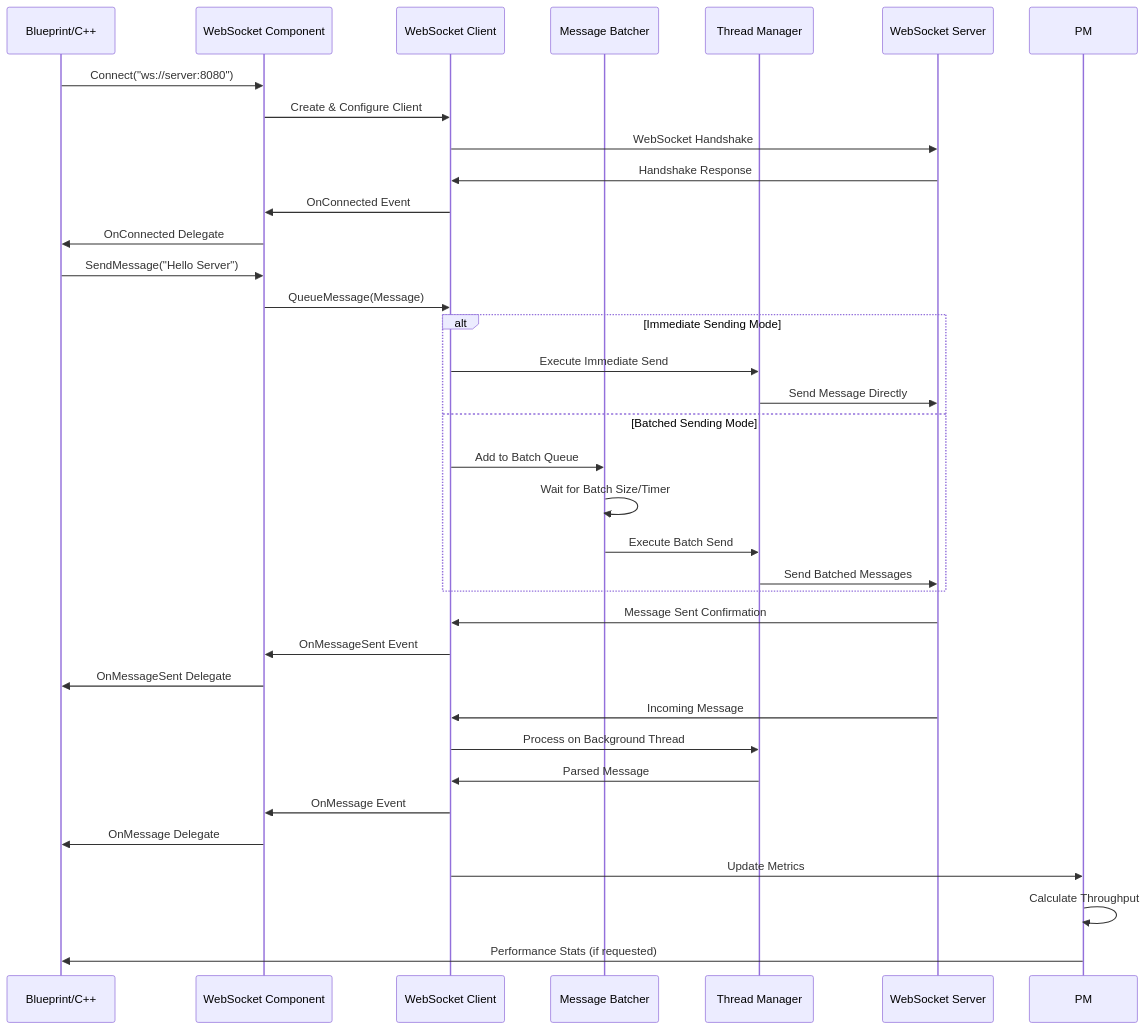
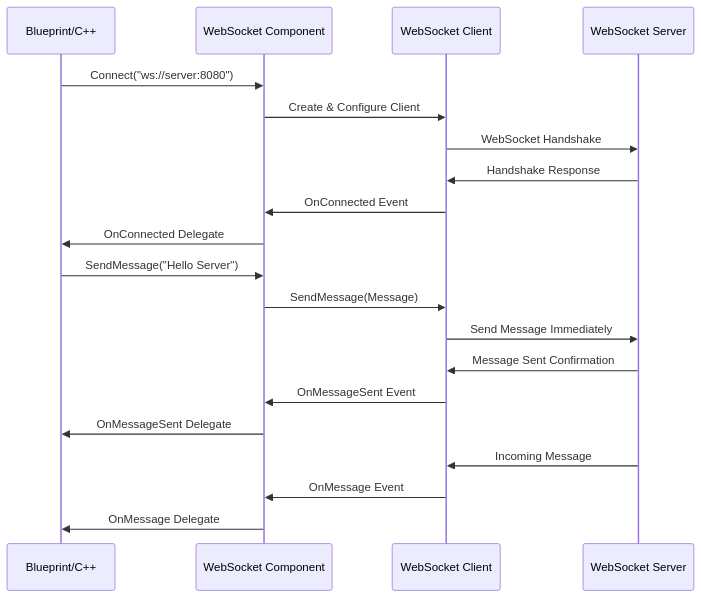
Before and after one commit to Tuafo/Horizon-Plugin-UE5-test: the second of 5 diagrams in README.md, drawn with Mermaid. The commit also changed other lines of this file, not shown here.

````diff
--- a/README.md
+++ b/README.md
@@ -84,43 +55,26 @@
 ```mermaid
 sequenceDiagram
     participant BP as Blueprint/C++
     participant HC as WebSocket Component
     participant WC as WebSocket Client
-    participant MB as Message Batcher
-    participant TM as Thread Manager
     participant SERVER as WebSocket Server
     
     BP->>HC: Connect("ws://server:8080")
     HC->>WC: Create & Configure Client
     WC->>SERVER: WebSocket Handshake
     SERVER->>WC: Handshake Response
     WC->>HC: OnConnected Event
     HC->>BP: OnConnected Delegate
     
     BP->>HC: SendMessage("Hello Server")
-    HC->>WC: QueueMessage(Message)
-    
-    alt Immediate Sending Mode
-        WC->>TM: Execute Immediate Send
-        TM->>SERVER: Send Message Directly
-    else Batched Sending Mode
-        WC->>MB: Add to Batch Queue
-        MB->>MB: Wait for Batch Size/Timer
-        MB->>TM: Execute Batch Send
-        TM->>SERVER: Send Batched Messages
-    end
+    HC->>WC: SendMessage(Message)
+    WC->>SERVER: Send Message Immediately
     
     SERVER->>WC: Message Sent Confirmation
     WC->>HC: OnMessageSent Event
     HC->>BP: OnMessageSent Delegate
     
     SERVER->>WC: Incoming Message
-    WC->>TM: Process on Background Thread
-    TM->>WC: Parsed Message
     WC->>HC: OnMessage Event
     HC->>BP: OnMessage Delegate
-    
-    WC->>PM: Update Metrics
-    PM->>PM: Calculate Throughput
-    PM->>BP: Performance Stats (if requested)
 ```
````
